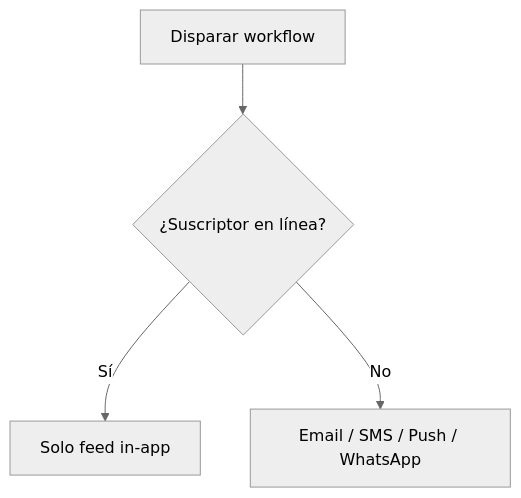
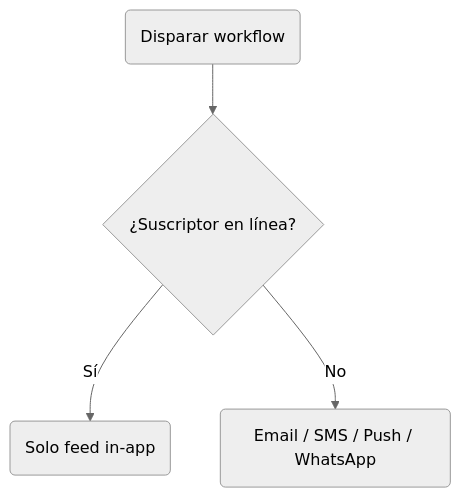
Before and after one commit to KriyanshKhunt/nexus_docs: the diagram in content/docs/es/platform/features/cost-reduction.mdx, drawn with Mermaid (neutral theme). The commit also changed 20 other files, not shown here.

Commit message:
Handle es Mermaid charts

````diff
--- a/content/docs/es/platform/features/cost-reduction.mdx
+++ b/content/docs/es/platform/features/cost-reduction.mdx
@@ -16,6 +16,6 @@
 ```mermaid
 flowchart TD
-  Trigger[Disparar workflow] --> Check{¿Suscriptor en línea?}
-  Check -->|Sí| Suppress[Solo feed in-app]
-  Check -->|No| Dispatch[Email / SMS / Push / WhatsApp]
+  Trigger(Disparar workflow) --> Check{¿Suscriptor en línea?}
+  Check -->|Sí| Suppress(Solo feed in-app)
+  Check -->|No| Dispatch(Email / SMS / Push / WhatsApp)
 ```
````
